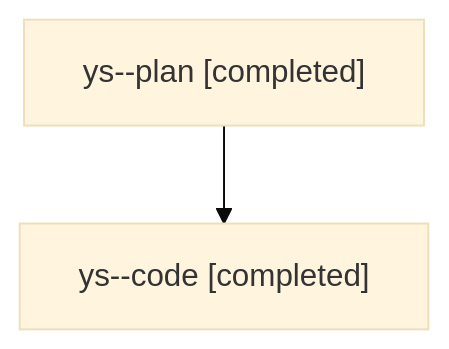
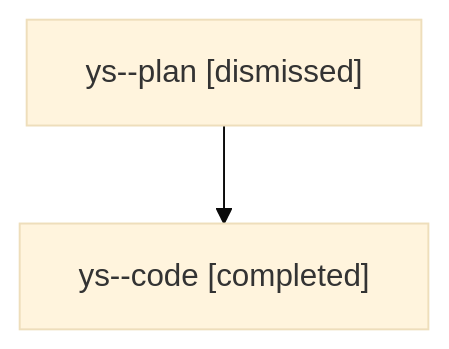
Before and after one commit to sase-org/sase--agents: the diagram in families/bbugyi200.athena.ys.md, drawn with Mermaid (base theme). The commit also changed other lines of this file and 1607 other files, not shown here.

````diff
--- a/families/bbugyi200.athena.ys.md
+++ b/families/bbugyi200.athena.ys.md
@@ -9,6 +9,6 @@
 ```mermaid
 flowchart TD
-  n0["ys--plan [completed]"]
+  n0["ys--plan [dismissed]"]
   n1["ys--code [completed]"]
   n0 --> n1
 ```
````
